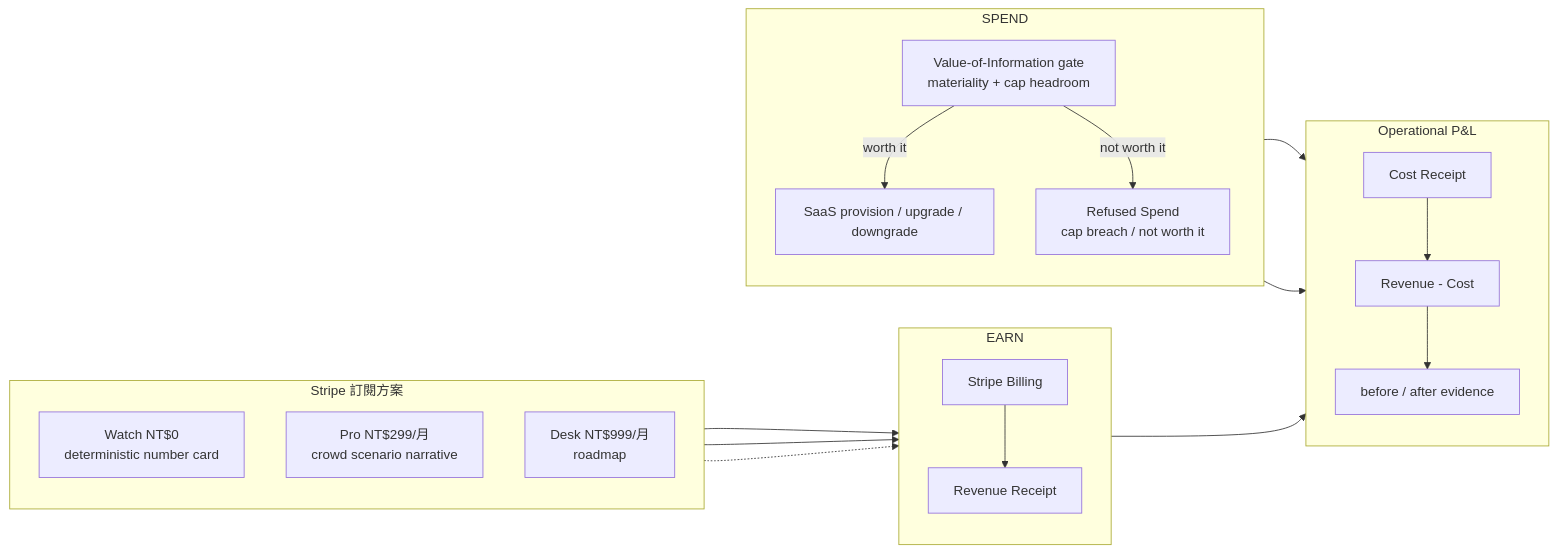
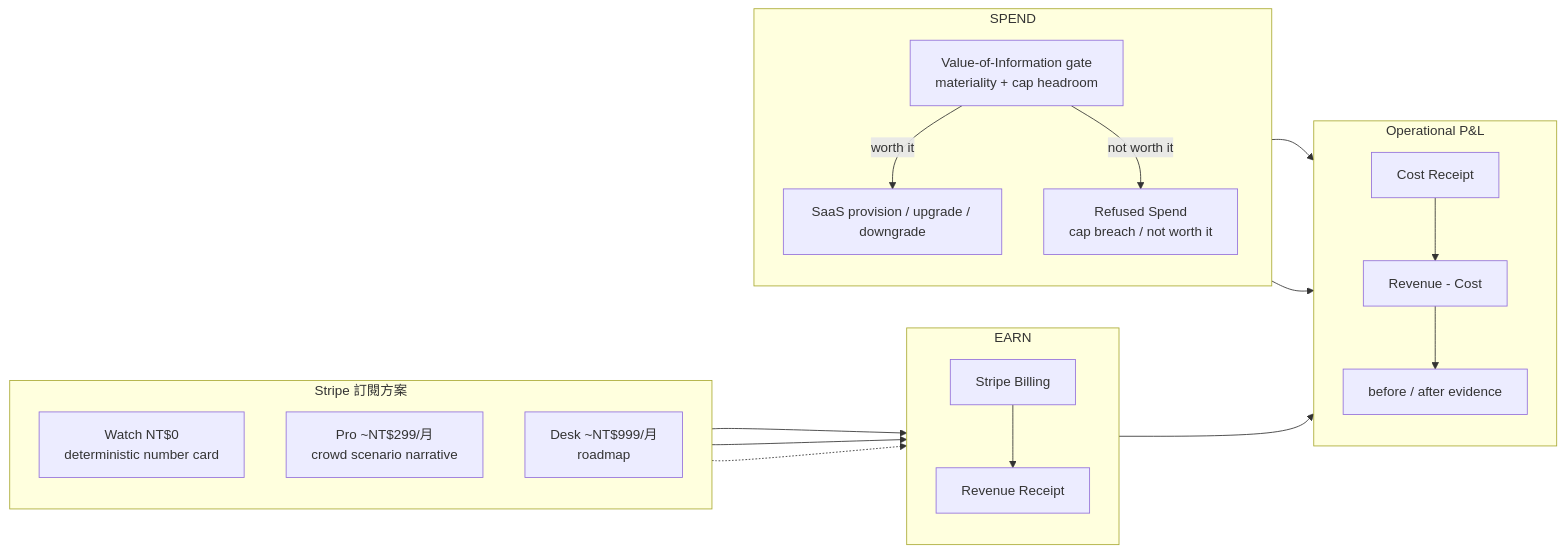
One commit to Silavater/stack_fund_agent changed the eighth of 10 diagrams in doc/StackFund_架構分析_Mermaid.md. Above: the diagram before and after it, drawn with Mermaid.

Commit message:
Reallign structure design, just fix allitle

````diff
--- a/doc/StackFund_架構分析_Mermaid.md
+++ b/doc/StackFund_架構分析_Mermaid.md
@@ -445,40 +445,40 @@
 ```mermaid
 flowchart LR
     subgraph Plans["Stripe 訂閱方案"]
         direction TB
         WatchPlan["Watch NT$0<br/>deterministic number card"]
-        ProPlan["Pro NT$299/月<br/>crowd scenario narrative"]
-        DeskPlan["Desk NT$999/月<br/>roadmap"]
+        ProPlan["Pro ~NT$299/月<br/>crowd scenario narrative"]
+        DeskPlan["Desk ~NT$999/月<br/>roadmap"]
     end
 
     subgraph Earn["EARN"]
         direction TB
         Billing["Stripe Billing"]
         Revenue["Revenue Receipt"]
         Billing --> Revenue
     end
 
     subgraph Spend["SPEND"]
         direction TB
         VoI["Value-of-Information gate<br/>materiality + cap headroom"]
         Provision["SaaS provision / upgrade / downgrade"]
         Refused["Refused Spend<br/>cap breach / not worth it"]
         VoI -->|"worth it"| Provision
         VoI -->|"not worth it"| Refused
     end
 
     subgraph PNL["Operational P&L"]
         direction TB
         Cost["Cost Receipt"]
         Margin["Revenue - Cost"]
         Evidence["before / after evidence"]
         Margin --> Evidence
     end
 
     WatchPlan --> Billing
     ProPlan --> Billing
     DeskPlan -.-> Billing
     Revenue --> Margin
     Provision --> Cost --> Margin
     Refused --> Evidence
 ```
````
